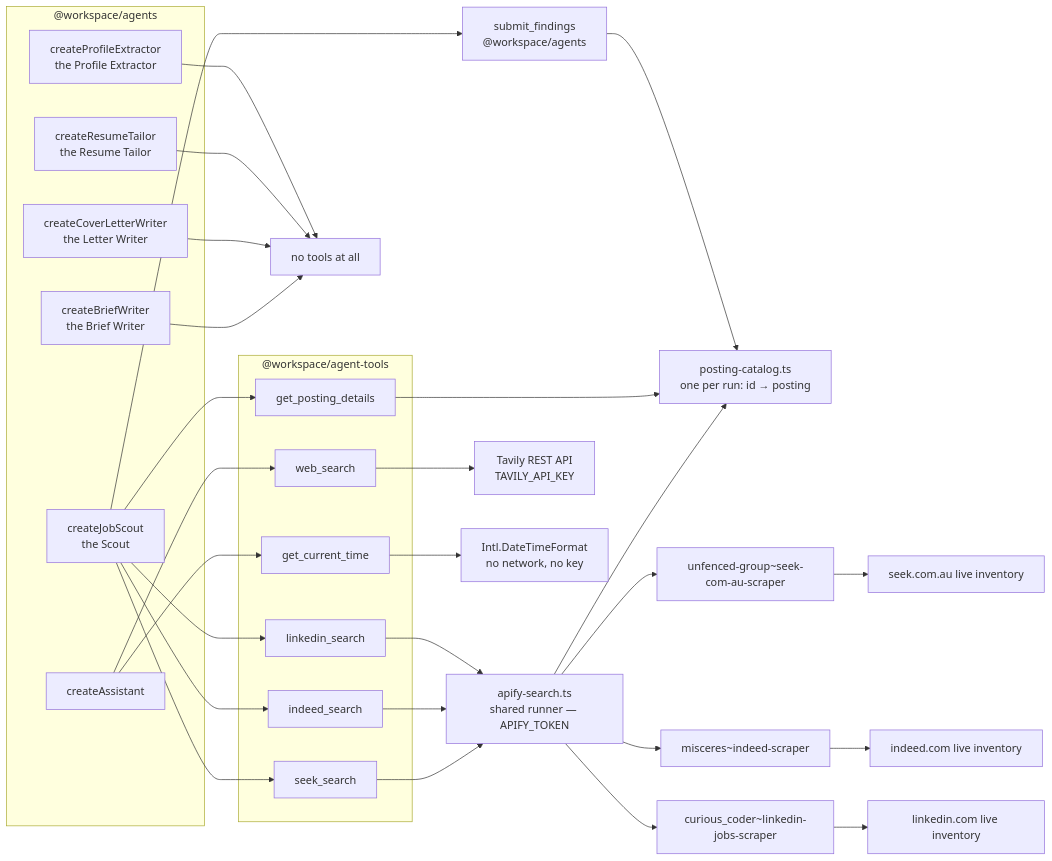
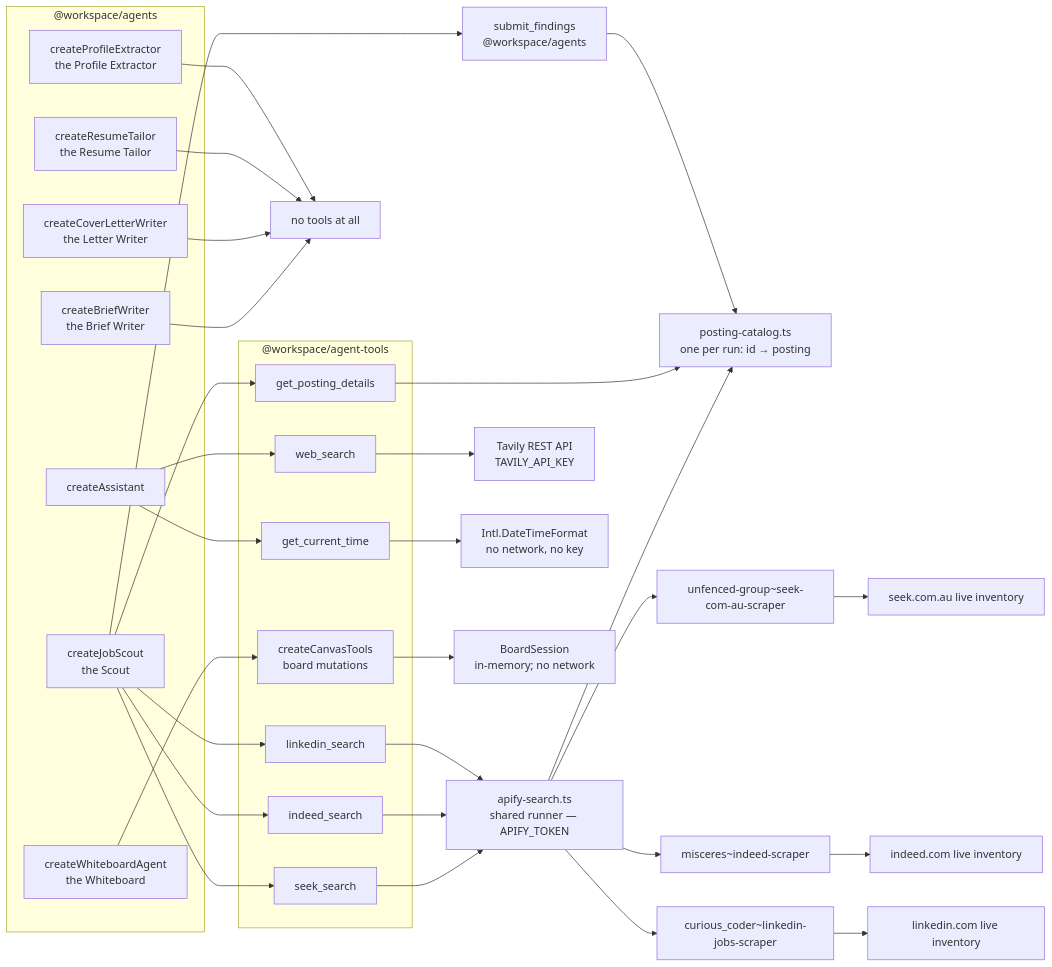
One commit to sunnyeyles/control-panel changed the third of 5 diagrams in docs/agent-architecture.md. Above: the diagram before and after it, drawn with Mermaid. The commit also changed other lines of this file and 9 other files, not shown here.

````diff
--- a/docs/agent-architecture.md
+++ b/docs/agent-architecture.md
@@ -116,49 +118,53 @@
 ```mermaid
 flowchart LR
     subgraph named ["@workspace/agents"]
         SCOUT["createJobScout<br/>the Scout"]
         BW["createBriefWriter<br/>the Brief Writer"]
         CLW["createCoverLetterWriter<br/>the Letter Writer"]
         RT["createResumeTailor<br/>the Resume Tailor"]
         PE["createProfileExtractor<br/>the Profile Extractor"]
         ASST["createAssistant"]
+        WB["createWhiteboardAgent<br/>the Whiteboard"]
     end
 
     subgraph catalog ["@workspace/agent-tools"]
         SEEK["seek_search"]
         IND["indeed_search"]
         LI["linkedin_search"]
         DET["get_posting_details"]
         WEB["web_search"]
         TIME["get_current_time"]
+        CANVAS["createCanvasTools<br/>board mutations"]
     end
 
     NONE["no tools at all"]
 
     SCOUT --> SEEK
     SCOUT --> IND
     SCOUT --> LI
     SCOUT --> DET
     SCOUT --> SUB["submit_findings<br/>@workspace/agents"]
     ASST --> WEB
     ASST --> TIME
+    WB --> CANVAS
     BW --> NONE
     CLW --> NONE
     RT --> NONE
     PE --> NONE
 
     SEEK --> RUN["apify-search.ts<br/>shared runner — APIFY_TOKEN"]
     IND --> RUN
     LI --> RUN
     RUN --> CAT["posting-catalog.ts<br/>one per run: id → posting"]
     DET --> CAT
     SUB --> CAT
     RUN --> A1["unfenced-group~seek-com-au-scraper"]
     RUN --> A2["misceres~indeed-scraper"]
     RUN --> A3["curious_coder~linkedin-jobs-scraper"]
     A1 --> L1["seek.com.au live inventory"]
     A2 --> L2["indeed.com live inventory"]
     A3 --> L3["linkedin.com live inventory"]
     WEB --> TAV["Tavily REST API<br/>TAVILY_API_KEY"]
     TIME --> INTL["Intl.DateTimeFormat<br/>no network, no key"]
+    CANVAS --> BOARD["BoardSession<br/>in-memory; no network"]
 ```
````
